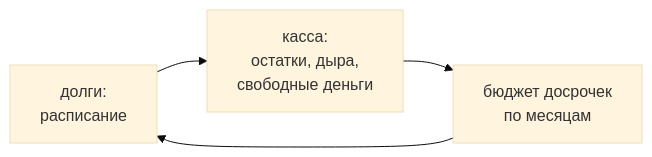
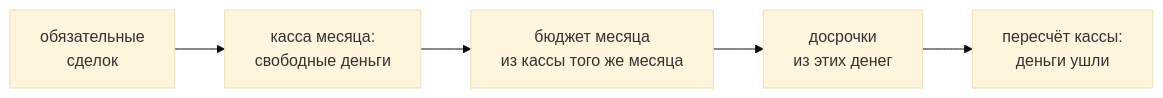
One commit to ntin60775/fin-agent changed the third of 5 diagrams in finance_core/README.md. Above: the diagram before and after it, drawn with Mermaid (base theme). The commit also changed other lines of this file and 10 other files, not shown here.

Commit message:
feat: сходимость долгов и кассы — проход по месяцам вместо глобальной петли

````diff
--- a/finance_core/README.md
+++ b/finance_core/README.md
@@ -324,6 +330,7 @@
 ```mermaid
 flowchart LR
-    A["долги:<br/>расписание"] --> B["касса:<br/>остатки, дыра,<br/>свободные деньги"]
-    B --> C["бюджет досрочек<br/>по месяцам"]
-    C --> A
+    A["обязательные<br/>сделок"] --> B["касса месяца:<br/>свободные деньги"]
+    B --> C["бюджет месяца<br/>из кассы того же месяца"]
+    C --> D["досрочки<br/>из этих денег"]
+    D --> E["пересчёт кассы:<br/>деньги ушли"]
 ```
````
